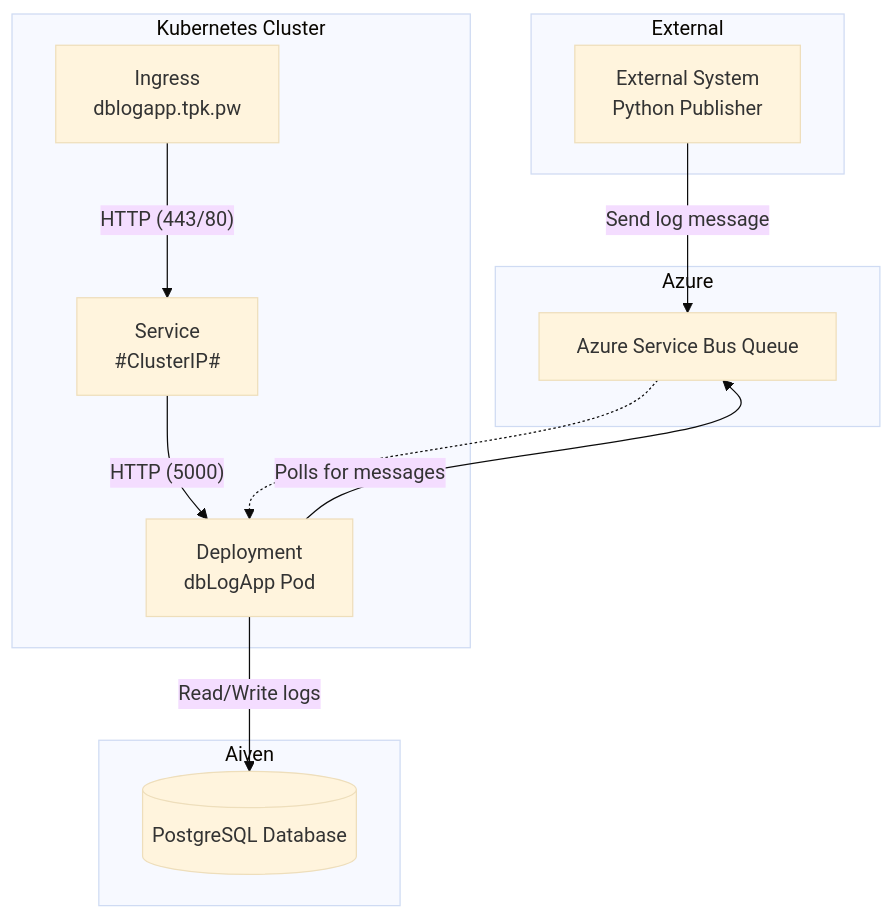
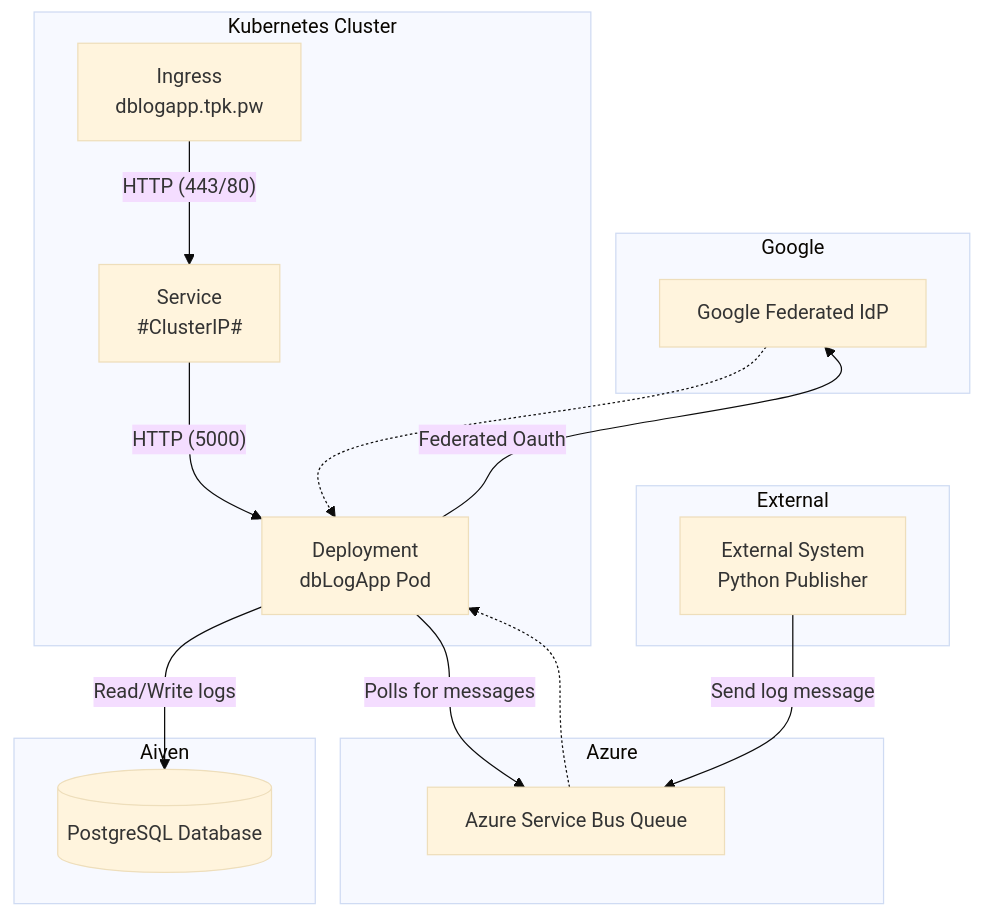
The diagram in SYSTEM.md (idjohnson/dblogapp), drawn with Mermaid (base theme) before and after one commit. The commit also changed other lines of this file and 1 other file, not shown here.

Commit message:
client-side table sort, update system diagrams

````diff
--- a/SYSTEM.md
+++ b/SYSTEM.md
@@ -5,27 +5,33 @@
 ```mermaid
 flowchart TD
+  subgraph Google
+    idp[Google Federated IdP]
+  end
+
   subgraph Azure
     sbq[Azure Service Bus Queue]
   end
 
   subgraph External
     extpub[External System<br/>Python Publisher]
     extpub -- "Send log message" --> sbq[Azure Service Bus Queue]
   end
 
   subgraph Aiven
     db[(PostgreSQL Database)]
   end
 
   subgraph "Kubernetes Cluster"
     ingress[Ingress<br/>dblogapp.tpk.pw]
     svc[Service<br/>#ClusterIP#]
     deploy[Deployment<br/>dbLogApp Pod]
     ingress -- "HTTP (443/80)" --> svc
     svc -- "HTTP (5000)" --> deploy
     deploy -- "Read/Write logs" --> db
     deploy -- "Polls for messages" --> sbq
+    deploy -- "Federated Oauth" --> idp
   end
 
   sbq -.-> deploy
+  idp -.-> deploy
 ```
````
